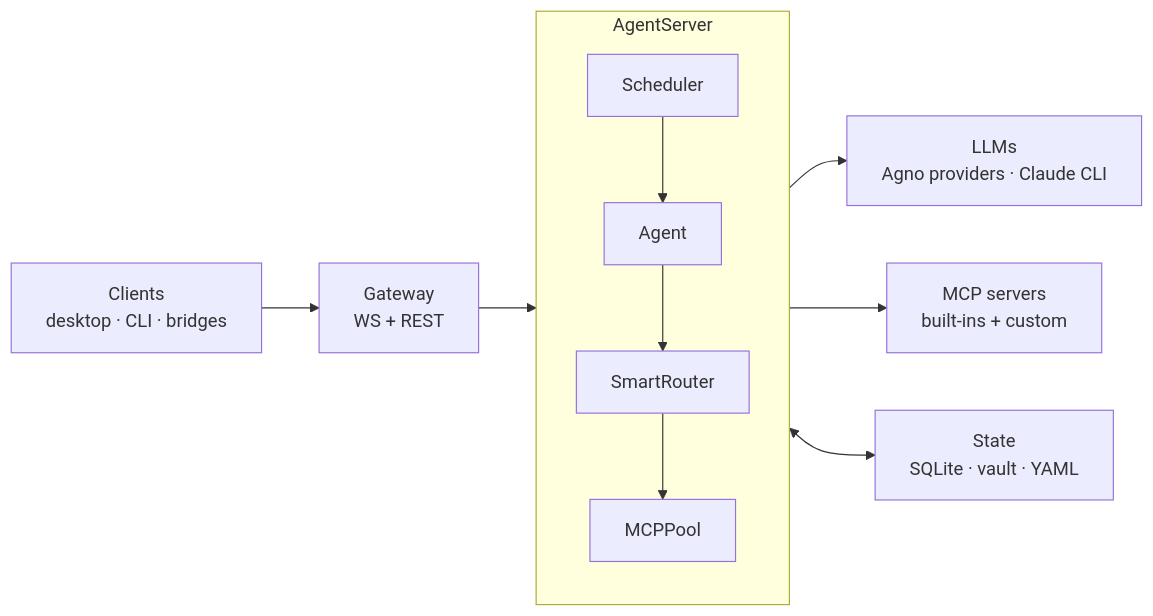
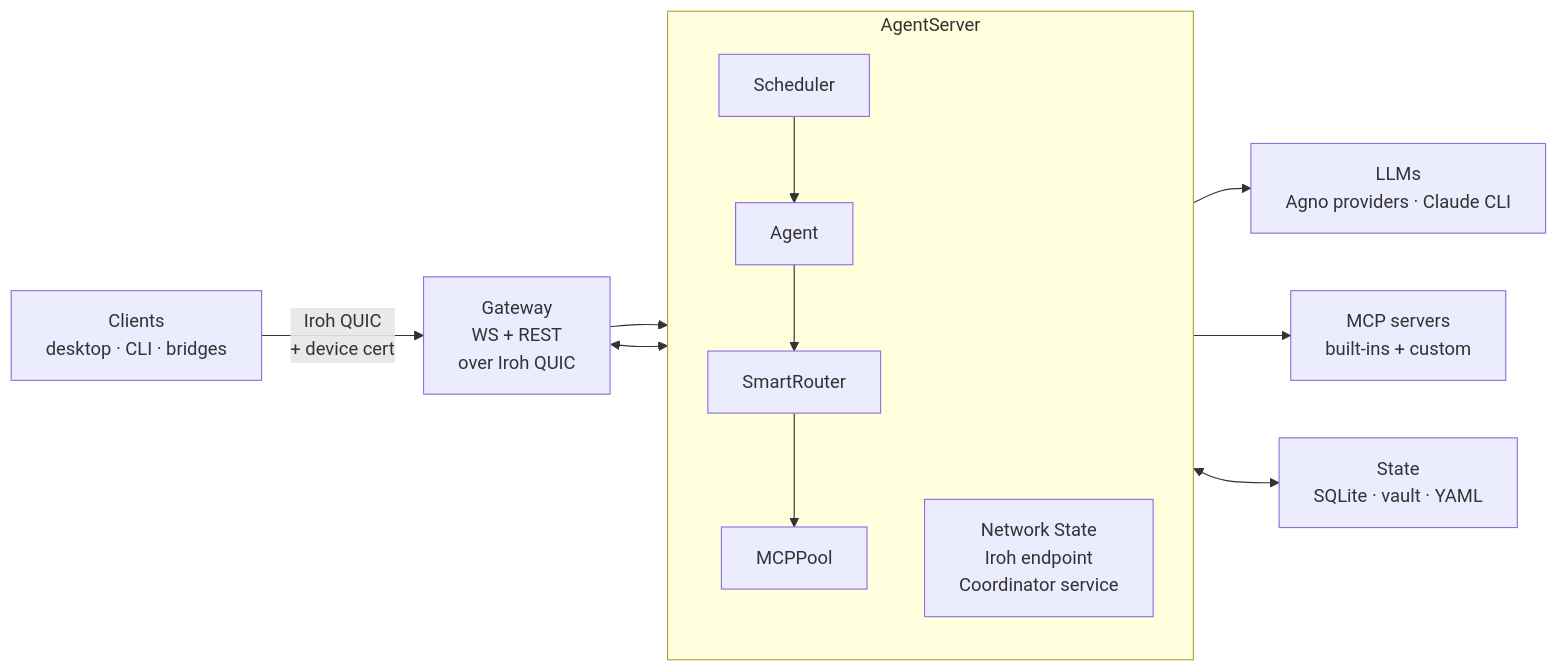
The first of 9 diagrams in guide/architecture.md (openagent-uno/openagent-docs), drawn with Mermaid before and after one commit. The commit also changed other lines of this file and 11 other files, not shown here.

First line of the commit message:
docs: update documentation to match actual Iroh-based network and invitation system

````diff
--- a/guide/architecture.md
+++ b/guide/architecture.md
@@ -19,24 +20,26 @@
 ```mermaid
 flowchart LR
     Clients["Clients<br/>desktop · CLI · bridges"]
-    GW["Gateway<br/>WS + REST"]
+    GW["Gateway<br/>WS + REST<br/>over Iroh QUIC"]
 
     subgraph Core["AgentServer"]
         direction TB
         Agent["Agent"]
         Router["SmartRouter"]
         Pool["MCPPool"]
         Sched["Scheduler"]
+        Net["Network State<br/>Iroh endpoint<br/>Coordinator service"]
     end
 
     LLMs["LLMs<br/>Agno providers · Claude CLI"]
     MCPs["MCP servers<br/>built-ins + custom"]
     State["State<br/>SQLite · vault · YAML"]
 
-    Clients --> GW --> Agent
+    Clients -->|"Iroh QUIC<br/>+ device cert"| GW --> Agent
     Sched --> Agent
     Agent --> Router --> Pool
     Router --> LLMs
     Pool --> MCPs
     Agent <--> State
+    GW <--> Net
 ```
````
